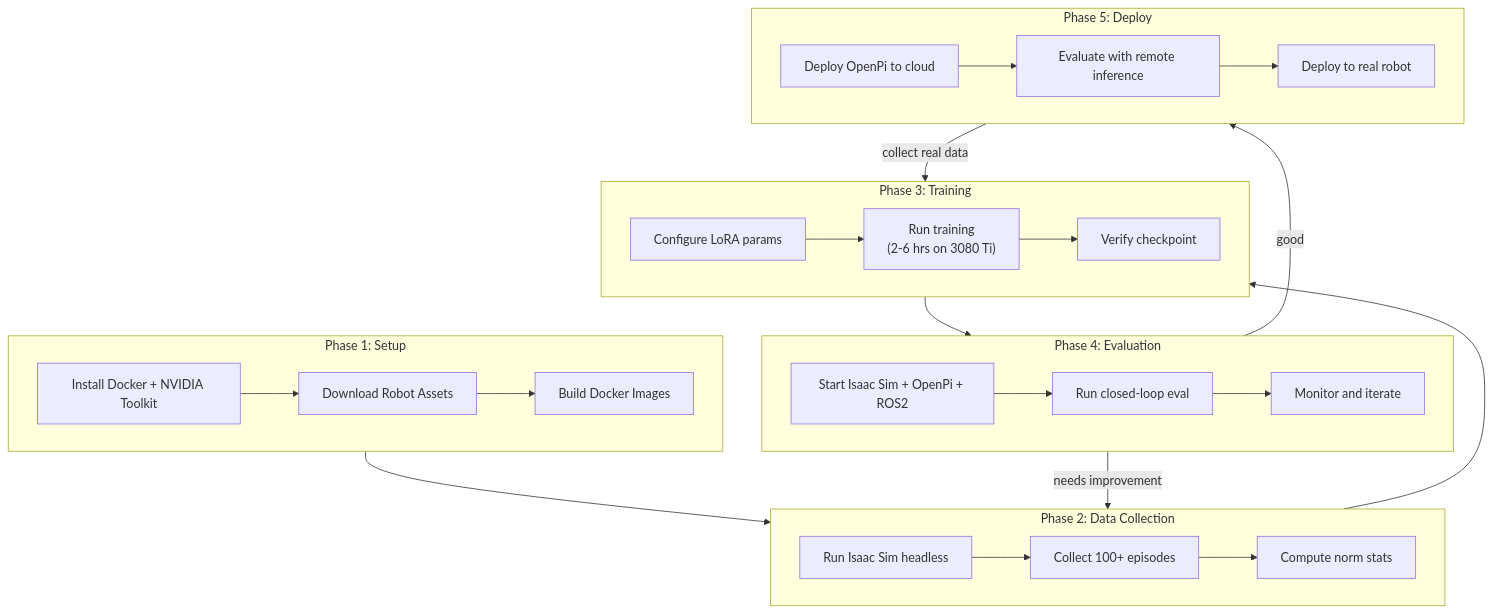
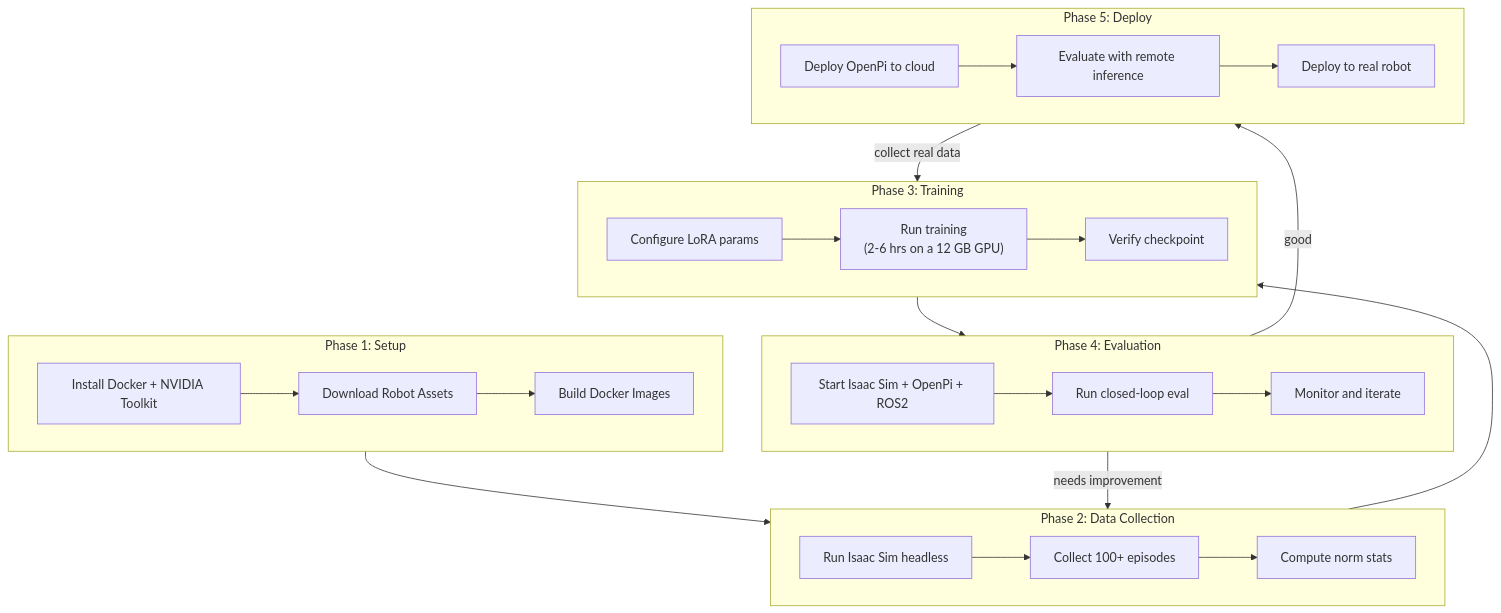
Before and after one commit to Jbruslind/soarm101-isaac: the diagram in docs/FULL_EXAMPLE.md, drawn with Mermaid. The commit also changed other lines of this file and 20 other files, not shown here.

First line of the commit message:
Size training to the free GPU memory; no GPU model in the docs

````diff
--- a/docs/FULL_EXAMPLE.md
+++ b/docs/FULL_EXAMPLE.md
@@ -357,44 +357,44 @@
 ```mermaid
 graph TD
     subgraph setup ["Phase 1: Setup"]
         A1["Install Docker + NVIDIA Toolkit"]
         A2["Download Robot Assets"]
         A3["Build Docker Images"]
         A1 --> A2 --> A3
     end
 
     subgraph collect ["Phase 2: Data Collection"]
         B1["Run Isaac Sim headless"]
         B2["Collect 100+ episodes"]
         B3["Compute norm stats"]
         B1 --> B2 --> B3
     end
 
     subgraph train ["Phase 3: Training"]
         C1["Configure LoRA params"]
-        C2["Run training\n(2-6 hrs on 3080 Ti)"]
+        C2["Run training\n(2-6 hrs on a 12 GB GPU)"]
         C3["Verify checkpoint"]
         C1 --> C2 --> C3
     end
 
     subgraph eval ["Phase 4: Evaluation"]
         D1["Start Isaac Sim + OpenPi + ROS2"]
         D2["Run closed-loop eval"]
         D3["Monitor and iterate"]
         D1 --> D2 --> D3
     end
 
     subgraph deploy ["Phase 5: Deploy"]
         E1["Deploy OpenPi to cloud"]
         E2["Evaluate with remote inference"]
         E3["Deploy to real robot"]
         E1 --> E2 --> E3
     end
 
     setup --> collect
     collect --> train
     train --> eval
     eval -->|"needs improvement"| collect
     eval -->|"good"| deploy
     deploy -->|"collect real data"| train
 ```
````
